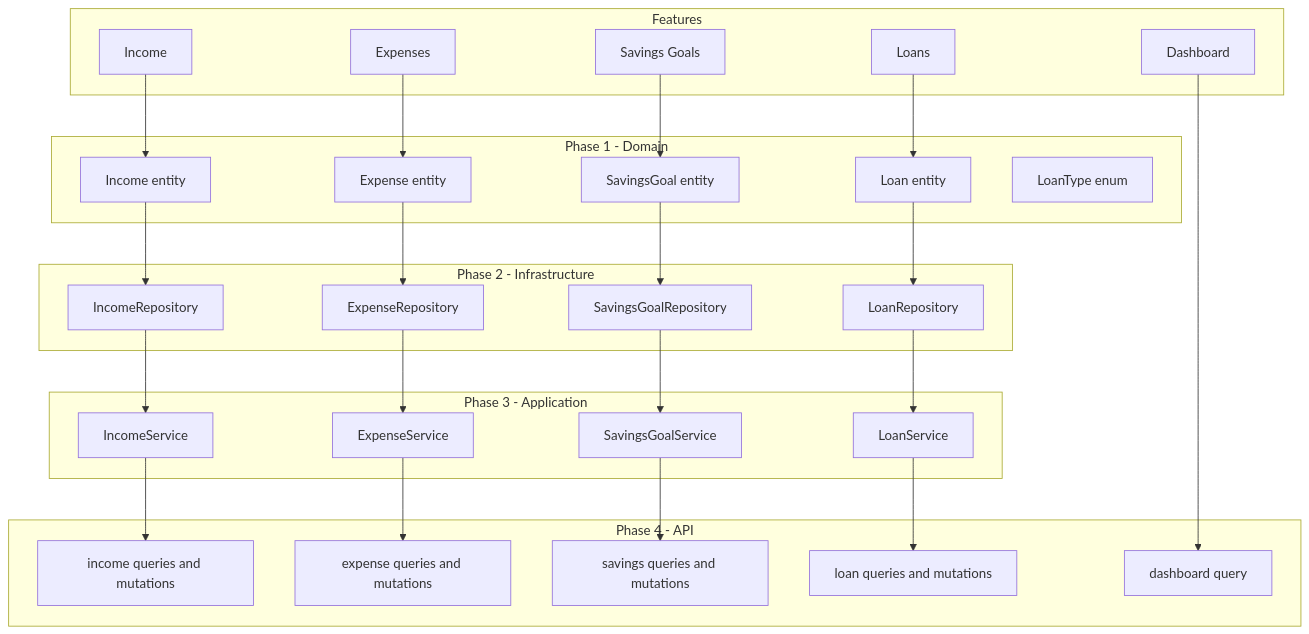
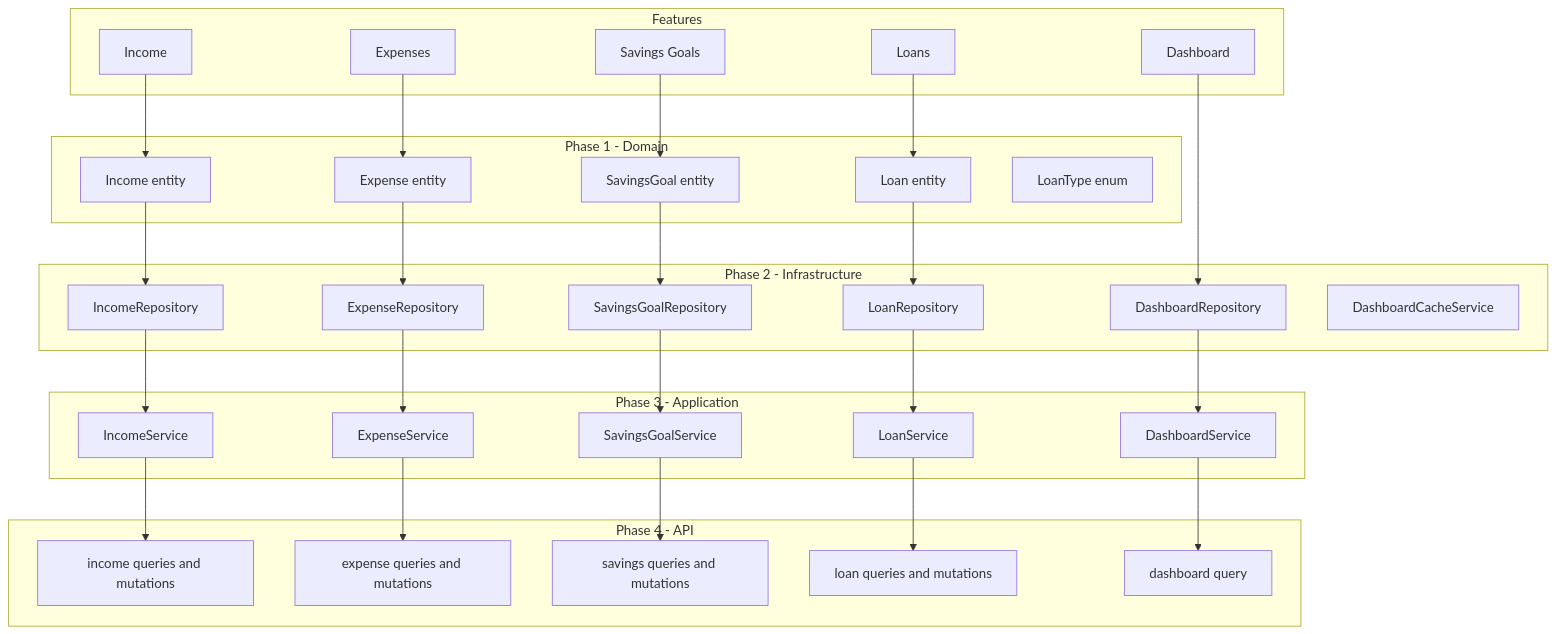
One commit to dev-personal-projects/vela changed the second of 4 diagrams in docs/phases/README.md. Above: the diagram before and after it, drawn with Mermaid. The commit also changed other lines of this file and 7 other files, not shown here.

````diff
--- a/docs/phases/README.md
+++ b/docs/phases/README.md
@@ -43,46 +43,49 @@
 ```mermaid
 flowchart TB
     subgraph Features
         F1[Income]
         F2[Expenses]
         F3[Savings Goals]
         F4[Loans]
         F5[Dashboard]
     end
 
     subgraph Phase 1 - Domain
         D1[Income entity]
         D2[Expense entity]
         D3[SavingsGoal entity]
         D4[Loan entity]
         D5[LoanType enum]
     end
 
     subgraph Phase 2 - Infrastructure
         R1[IncomeRepository]
         R2[ExpenseRepository]
         R3[SavingsGoalRepository]
         R4[LoanRepository]
+        R5[DashboardRepository]
+        R6[DashboardCacheService]
     end
 
     subgraph Phase 3 - Application
         S1[IncomeService]
         S2[ExpenseService]
         S3[SavingsGoalService]
         S4[LoanService]
+        S5[DashboardService]
     end
 
     subgraph Phase 4 - API
         A1[income queries and mutations]
         A2[expense queries and mutations]
         A3[savings queries and mutations]
         A4[loan queries and mutations]
         A5[dashboard query]
     end
 
     F1 --> D1 --> R1 --> S1 --> A1
     F2 --> D2 --> R2 --> S2 --> A2
     F3 --> D3 --> R3 --> S3 --> A3
     F4 --> D4 --> R4 --> S4 --> A4
-    F5 --> A5
+    F5 --> R5 --> S5 --> A5
 ```
````
